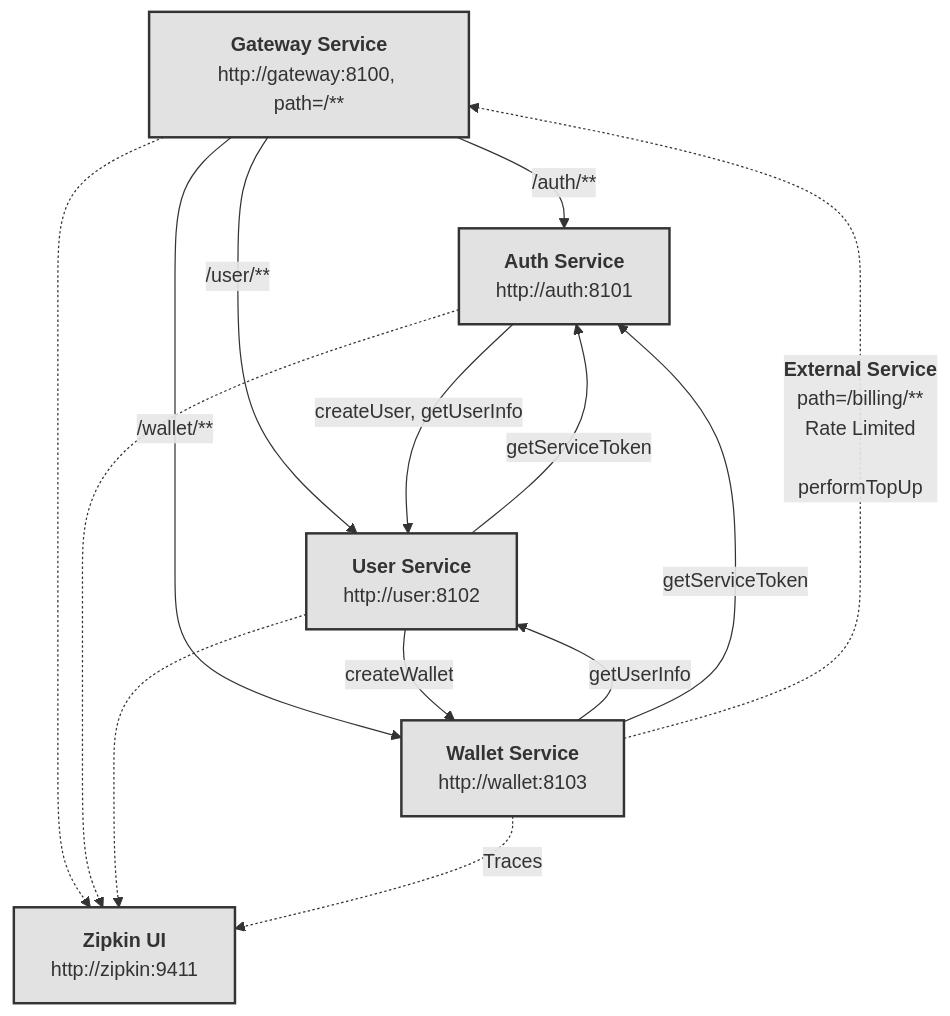
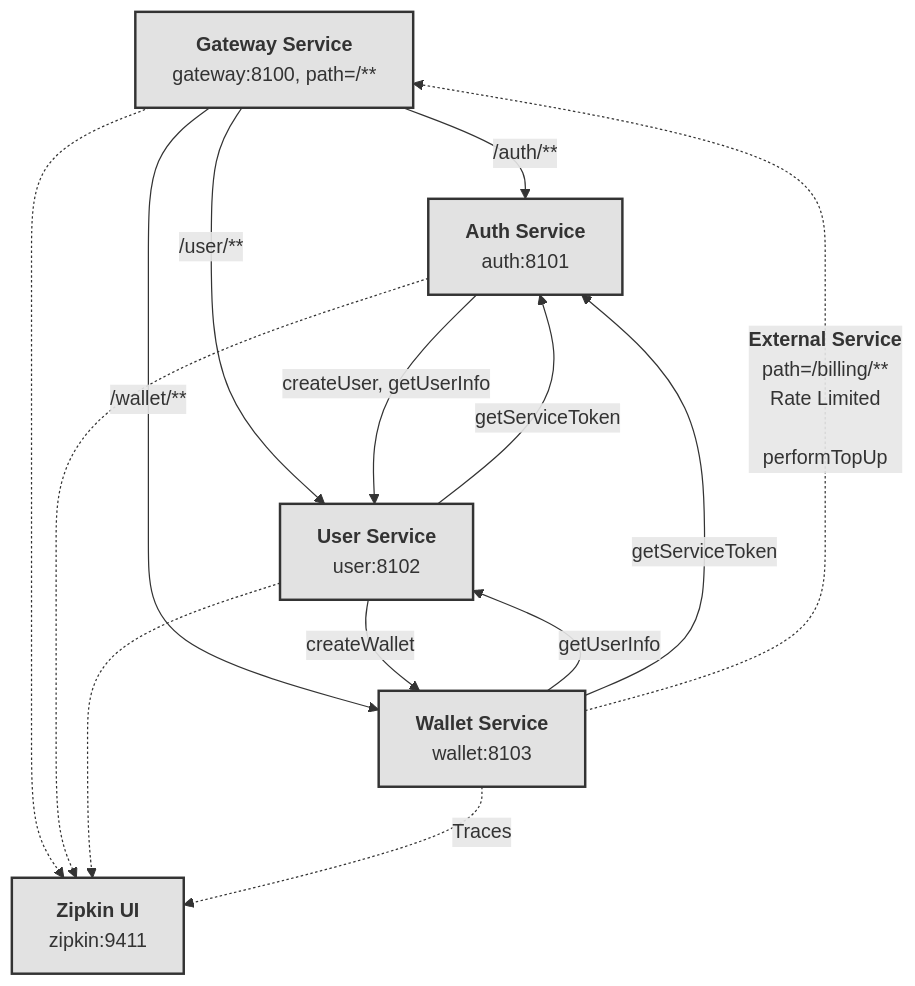
Before and after one commit to teamlead/spring-microservices-kubernetes-demo: the diagram in README.md, drawn with Mermaid.

Commit message:
Fix Mermaid architecture  graph

````diff
--- a/README.md
+++ b/README.md
@@ -36,30 +36,30 @@
 ```mermaid
 graph TD
 
-gateway[<b>Gateway Service</b>\nhttp://gateway:8100, path=/**]
-auth[<b>Auth Service</b>\nhttp://auth:8101]
-user[<b>User Service</b>\nhttp://user:8102]
-wallet[<b>Wallet Service</b>\nhttp://wallet:8103]
-zipkin[<b>Zipkin UI</b>\nhttp://zipkin:9411]
+gateway[<b>Gateway Service</b><br/>gateway:8100, path=/**]
+auth[<b>Auth Service</b><br/>auth:8101]
+user[<b>User Service</b><br/>user:8102]
+wallet[<b>Wallet Service</b><br/>wallet:8103]
+zipkin[<b>Zipkin UI</b><br/>zipkin:9411]
 
 gateway --> |/auth/**| auth
 gateway --> |/user/**| user
 gateway --> |/wallet/**| wallet
 auth --> |createUser, getUserInfo| user
 wallet --> |getUserInfo| user
 wallet --> |getServiceToken| auth
-wallet -.-> |<b>External Service</b>\npath=/billing/**\nRate Limited\n\nperformTopUp| gateway
+wallet -.-> |<b>External Service</b><br/>path=/billing/**<br/>Rate Limited<br/><br/>performTopUp| gateway
 user --> |createWallet| wallet
 user --> |getServiceToken| auth
 
 gateway -.-> zipkin
 auth -.-> zipkin
 user -.-> zipkin
 wallet -.-> |Traces| zipkin    
 
 style gateway fill:#e2e2e2,stroke:#333,stroke-width:2px
 style auth fill:#e2e2e2,stroke:#333,stroke-width:2px
 style user fill:#e2e2e2,stroke:#333,stroke-width:2px
 style wallet fill:#e2e2e2,stroke:#333,stroke-width:2px
 style zipkin fill:#e2e2e2,stroke:#333,stroke-width:2px
 ```
````
